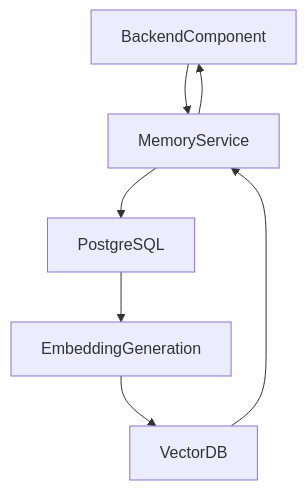
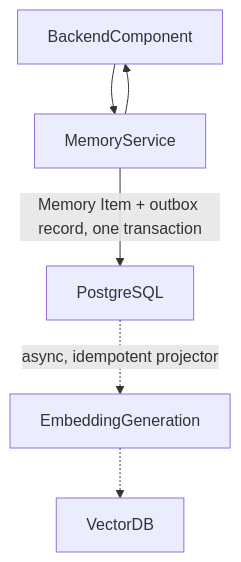
The second of 3 diagrams in docs/04-backend/memory-service.md (koraayoztuurk/SentinelAI), drawn with Mermaid before and after one commit. The commit also changed other lines of this file and 66 other files, not shown here.

````diff
--- a/docs/04-backend/memory-service.md
+++ b/docs/04-backend/memory-service.md
@@ -180,15 +182,13 @@
 ```mermaid
 flowchart TD
 
 BackendComponent --> MemoryService
 
-MemoryService --> PostgreSQL
-
-PostgreSQL --> EmbeddingGeneration
-
-EmbeddingGeneration --> VectorDB
-
-VectorDB --> MemoryService
+MemoryService -->|Memory Item + outbox record, one transaction| PostgreSQL
 
 MemoryService --> BackendComponent
+
+PostgreSQL -.->|async, idempotent projector| EmbeddingGeneration
+
+EmbeddingGeneration -.-> VectorDB
 ```
````
